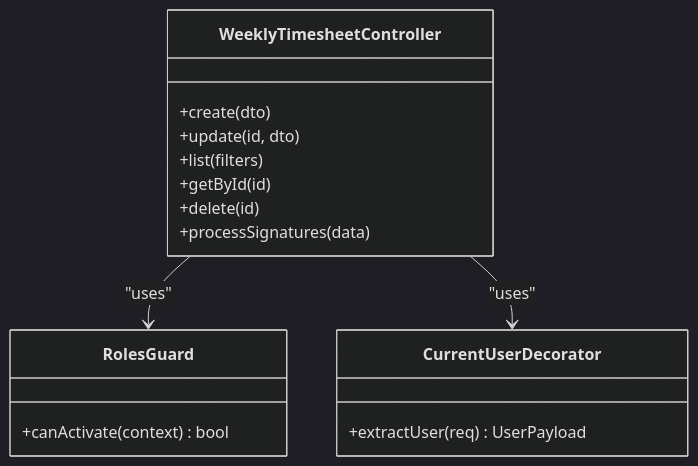
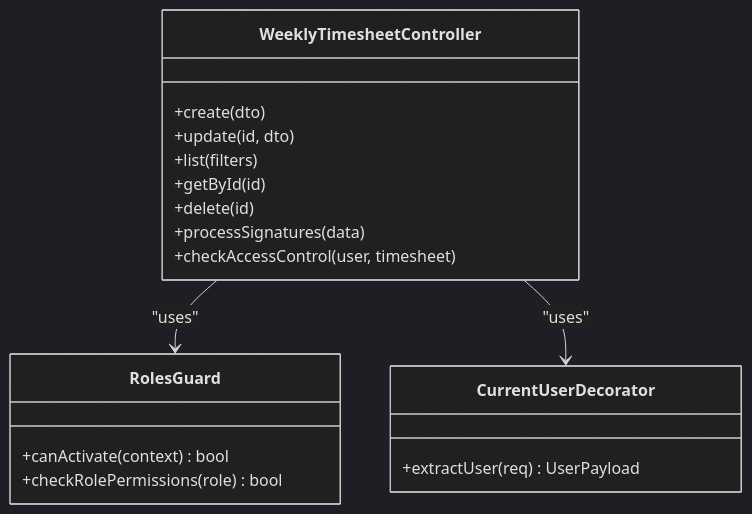
One commit to RobertRuas/windlog changed the third of 11 diagrams in .qoder/repowiki/en/content/Arquitetura Backend/Módulos do Sistema/Timesheet Semanal - Módulo Backend.md. Above: the diagram before and after it, drawn with Mermaid (dark theme). The commit also changed other lines of this file and 18 other files, not shown here.

````diff
--- a/.qoder/repowiki/en/content/Arquitetura Backend/Módulos do Sistema/Timesheet Semanal - Módulo Backend.md
+++ b/.qoder/repowiki/en/content/Arquitetura Backend/Módulos do Sistema/Timesheet Semanal - Módulo Backend.md
@@ -242,19 +254,21 @@
 ```mermaid
 classDiagram
 class WeeklyTimesheetController {
 +create(dto)
 +update(id, dto)
 +list(filters)
 +getById(id)
 +delete(id)
 +processSignatures(data)
++checkAccessControl(user, timesheet)
 }
 class RolesGuard {
 +canActivate(context) bool
++checkRolePermissions(role) bool
 }
 class CurrentUserDecorator {
 +extractUser(req) UserPayload
 }
 WeeklyTimesheetController --> RolesGuard : "uses"
 WeeklyTimesheetController --> CurrentUserDecorator : "uses"
 ```
````
